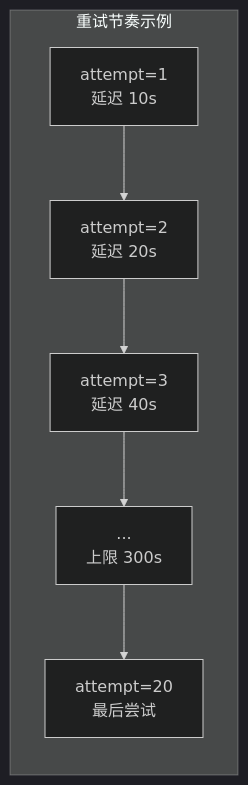
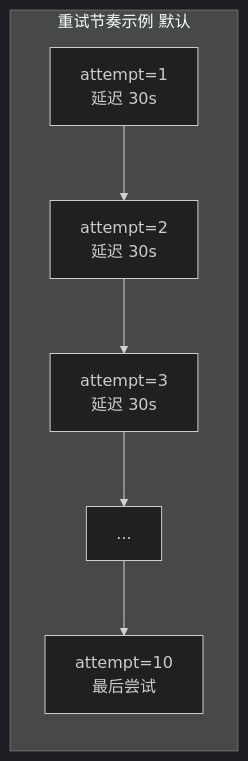
Before and after one commit to j2agent-ai/j2agent-docs: the fifth of 9 diagrams in 平台/文件管理与对象存储/README.md, drawn with Mermaid (dark theme). The commit also changed other lines of this file, not shown here.

````diff
--- a/平台/文件管理与对象存储/README.md
+++ b/平台/文件管理与对象存储/README.md
@@ -338,11 +341,11 @@
 ```mermaid
 flowchart LR
-    subgraph attempt [重试节奏示例]
-        a1["attempt=1\n延迟 10s"]
-        a2["attempt=2\n延迟 20s"]
-        a3["attempt=3\n延迟 40s"]
-        a4["...\n上限 300s"]
-        a20["attempt=20\n最后尝试"]
+    subgraph attempt [重试节奏示例 默认]
+        a1["attempt=1\n延迟 30s"]
+        a2["attempt=2\n延迟 30s"]
+        a3["attempt=3\n延迟 30s"]
+        a4["..."]
+        a10["attempt=10\n最后尝试"]
     end
-    a1 --> a2 --> a3 --> a4 --> a20
+    a1 --> a2 --> a3 --> a4 --> a10
 ```
````
